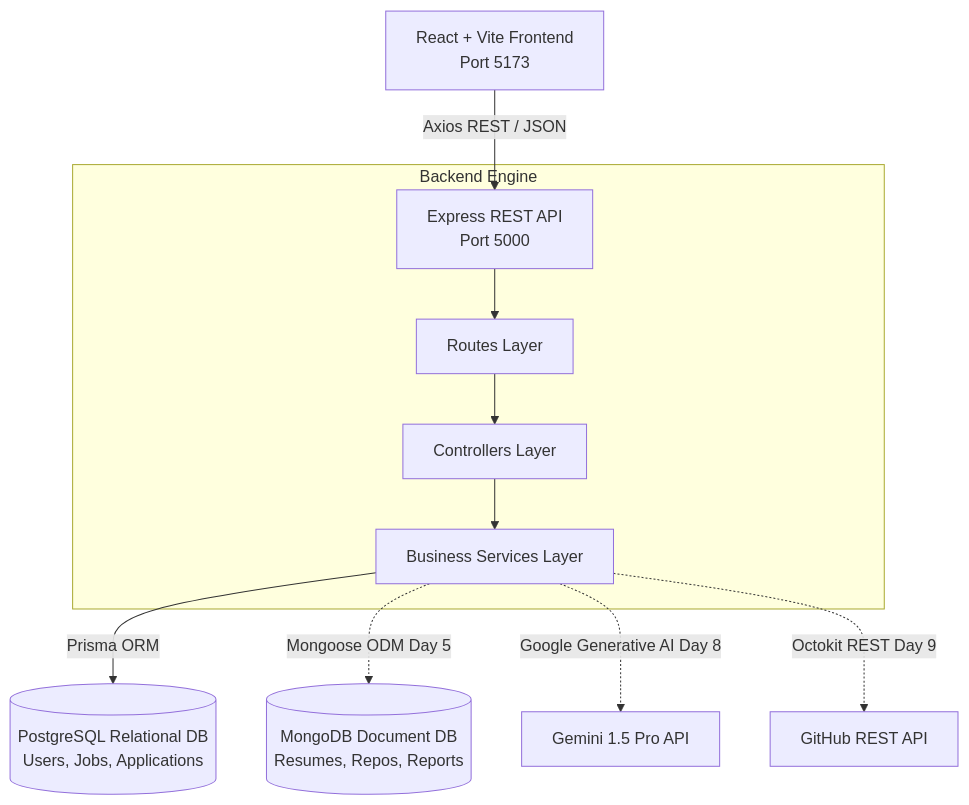
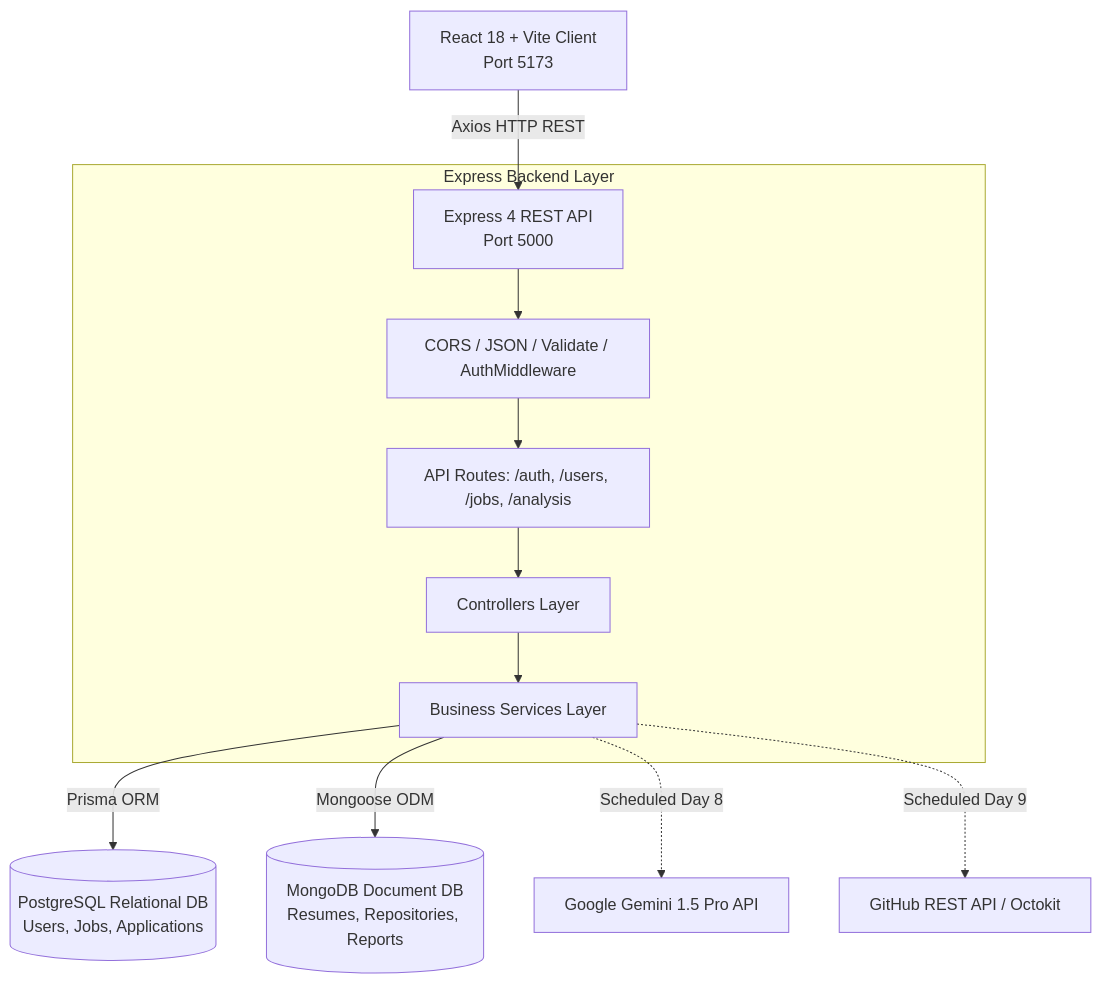
Before and after one commit to phanindra199/Tekmira-AI: the second of 2 diagrams in docs/MASTER_DEVELOPMENT_WALKTHROUGH.md, drawn with Mermaid. The commit also changed other lines of this file and 19 other files, not shown here.

Commit message:
feat(day-7): rest api architecture, zod validation, and full-stack integration

````diff
--- a/docs/MASTER_DEVELOPMENT_WALKTHROUGH.md
+++ b/docs/MASTER_DEVELOPMENT_WALKTHROUGH.md
@@ -292,16 +221,17 @@
 ```mermaid
 graph TD
-    Client[React + Vite Frontend<br/>Port 5173]
-    Client -->|Axios REST / JSON| Express[Express REST API<br/>Port 5000]
+    Client[React 18 + Vite Client<br/>Port 5173]
+    Client -->|Axios HTTP REST| Express[Express 4 REST API<br/>Port 5000]
     
-    subgraph Backend Engine
-        Express --> Routes[Routes Layer]
+    subgraph Express Backend Layer
+        Express --> Middleware[CORS / JSON / Validate / AuthMiddleware]
+        Middleware --> Routes[API Routes: /auth, /users, /jobs, /analysis]
         Routes --> Controllers[Controllers Layer]
         Controllers --> Services[Business Services Layer]
     end
 
     Services -->|Prisma ORM| Postgres[(PostgreSQL Relational DB<br/>Users, Jobs, Applications)]
-    Services -.->|Mongoose ODM Day 5| Mongo[(MongoDB Document DB<br/>Resumes, Repos, Reports)]
-    Services -.->|Google Generative AI Day 8| Gemini[Gemini 1.5 Pro API]
-    Services -.->|Octokit REST Day 9| GitHub[GitHub REST API]
+    Services -->|Mongoose ODM| Mongo[(MongoDB Document DB<br/>Resumes, Repositories, Reports)]
+    Services -.->|Scheduled Day 8| Gemini[Google Gemini 1.5 Pro API]
+    Services -.->|Scheduled Day 9| GitHub[GitHub REST API / Octokit]
 ```
````
